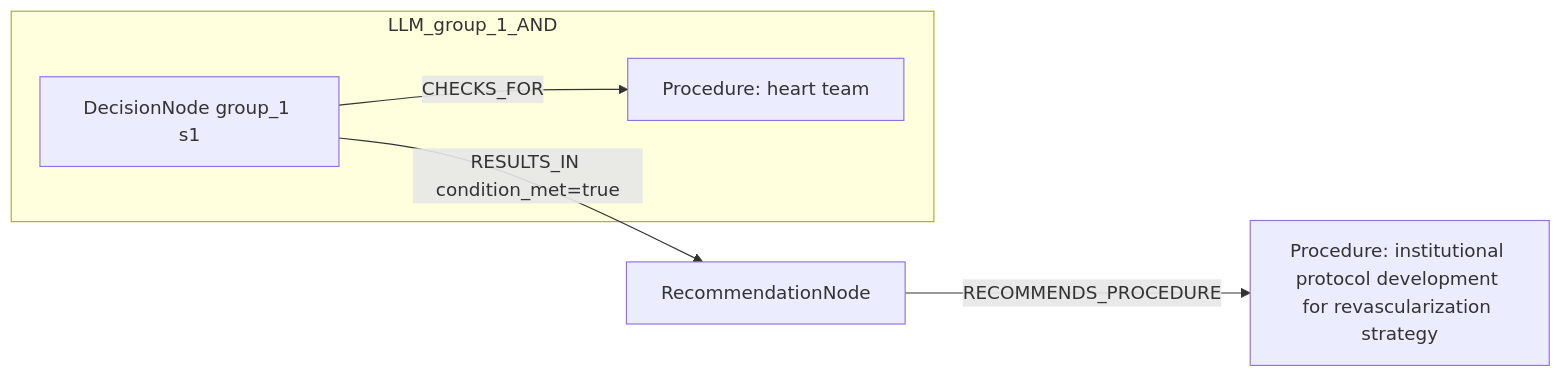
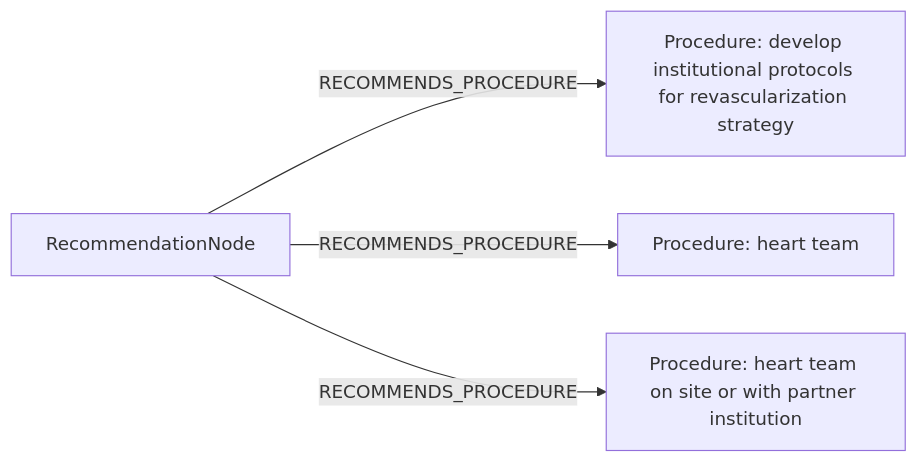
Before and after one commit to dieterich-lab/CardioGuidelinesGraph: the second of 2 diagrams in docs/table22_rows_comparison/row_05.md, drawn with Mermaid. The commit also changed other lines of this file and 20 other files, not shown here.

````diff
--- a/docs/table22_rows_comparison/row_05.md
+++ b/docs/table22_rows_comparison/row_05.md
@@ -156,12 +174,10 @@
 ```mermaid
 graph LR
   REC[RecommendationNode]
-  ACT1[Procedure: institutional protocol development for revascularization strategy]
+  ACT1[Procedure: develop institutional protocols for revascularization strategy]
   REC -->|RECOMMENDS_PROCEDURE| ACT1
-  subgraph LLM_group_1_AND
-    D_group_1_1[DecisionNode group_1 s1]
-    C_group_1_1[Procedure: heart team]
-    D_group_1_1 -->|CHECKS_FOR| C_group_1_1
-  end
-  D_group_1_1 -->|RESULTS_IN condition_met=true| REC
+  ACT2[Procedure: heart team]
+  REC -->|RECOMMENDS_PROCEDURE| ACT2
+  ACT3[Procedure: heart team on site or with partner institution]
+  REC -->|RECOMMENDS_PROCEDURE| ACT3
 ```
````
